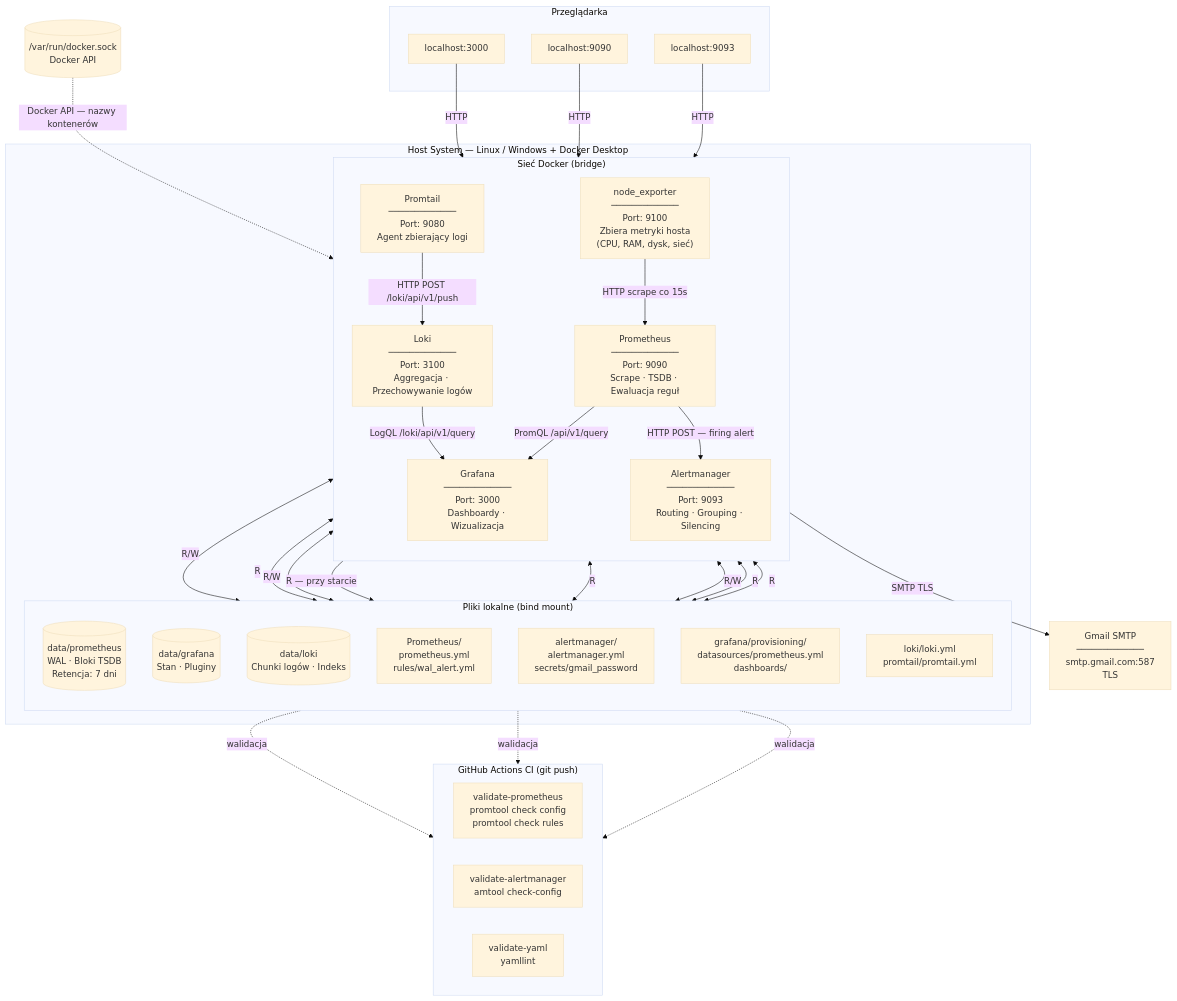
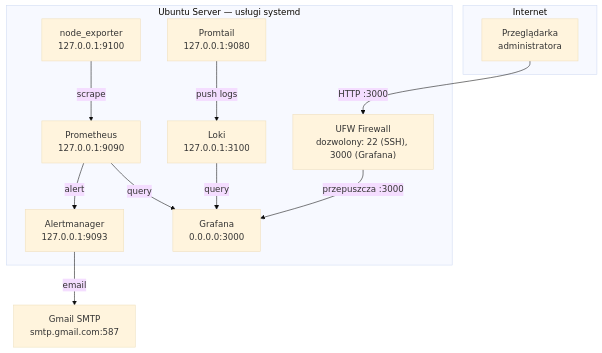
Before and after one commit to jeti20/Monitoring-Stack-Prometheus-Grafana-Node-Exporter: the diagram in README.md, drawn with Mermaid (base theme). The commit also changed other lines of this file and 1 other file, not shown here.

````diff
--- a/README.md
+++ b/README.md
@@ -5,67 +9,28 @@
 ```mermaid
 graph TB
-    subgraph BROWSER["Przeglądarka"]
-        B1["localhost:3000"]
-        B2["localhost:9090"]
-        B3["localhost:9093"]
+    subgraph INTERNET["Internet"]
+        USER["Przeglądarka\nadministratora"]
     end
 
-    subgraph HOST["Host System — Linux / Windows + Docker Desktop"]
-        subgraph DOCKER["Sieć Docker (bridge)"]
-            direction TB
-            NE["node_exporter\n─────────────\nPort: 9100\nZbiera metryki hosta\n(CPU, RAM, dysk, sieć)"]
-            PROM["Prometheus\n─────────────\nPort: 9090\nScrape · TSDB · Ewaluacja reguł"]
-            AM["Alertmanager\n─────────────\nPort: 9093\nRouting · Grouping · Silencing"]
-            GF["Grafana\n─────────────\nPort: 3000\nDashboardy · Wizualizacja"]
-            LOKI["Loki\n─────────────\nPort: 3100\nAggregacja · Przechowywanie logów"]
-            PT["Promtail\n─────────────\nPort: 9080\nAgent zbierający logi"]
-        end
+    subgraph SERVER["Ubuntu Server — usługi systemd"]
+        FW["UFW Firewall\ndozwolony: 22 (SSH), 3000 (Grafana)"]
 
-        subgraph VOLUMES["Pliki lokalne (bind mount)"]
-            direction TB
-            DB1[("data/prometheus\nWAL · Bloki TSDB\nRetencja: 7 dni")]
-            DB2[("data/grafana\nStan · Pluginy")]
-            DB3[("data/loki\nChunki logów · Indeks")]
-            CFG1["Prometheus/\nprometheus.yml\nrules/wal_alert.yml"]
-            CFG2["alertmanager/\nalertmanager.yml\nsecrets/gmail_password"]
-            CFG3["grafana/provisioning/\ndatasources/prometheus.yml\ndashboards/"]
-            CFG4["loki/loki.yml\npromtail/promtail.yml"]
-        end
+        NE["node_exporter\n127.0.0.1:9100"]
+        PROM["Prometheus\n127.0.0.1:9090"]
+        AM["Alertmanager\n127.0.0.1:9093"]
+        GF["Grafana\n0.0.0.0:3000"]
+        LOKI["Loki\n127.0.0.1:3100"]
+        PT["Promtail\n127.0.0.1:9080"]
     end
 
-    SMTP["Gmail SMTP\n─────────────\nsmtp.gmail.com:587\nTLS"]
-    DOCKER_SOCK[("/var/run/docker.sock\nDocker API")]
+    SMTP["Gmail SMTP\nsmtp.gmail.com:587"]
 
-    subgraph CI["GitHub Actions CI (git push)"]
-        direction LR
-        J1["validate-prometheus\npromtool check config\npromtool check rules"]
-        J2["validate-alertmanager\namtool check-config"]
-        J3["validate-yaml\nyamllint"]
-    end
-
-    NE -->|"HTTP scrape co 15s"| PROM
-    PROM -->|"PromQL /api/v1/query"| GF
-    PROM -->|"HTTP POST — firing alert"| AM
-    AM -->|"SMTP TLS"| SMTP
-
-    PT -->|"HTTP POST /loki/api/v1/push"| LOKI
-    LOKI -->|"LogQL /loki/api/v1/query"| GF
-    DOCKER_SOCK -.->|"Docker API — nazwy kontenerów"| PT
-
-    PROM <-->|"R/W"| DB1
-    PROM <-->|"R"| CFG1
-    GF <-->|"R/W"| DB2
-    GF -->|"R — przy starcie"| CFG3
-    AM <-->|"R"| CFG2
-    LOKI <-->|"R/W"| DB3
-    LOKI <-->|"R"| CFG4
-    PT <-->|"R"| CFG4
-
-    B1 -->|"HTTP"| GF
-    B2 -->|"HTTP"| PROM
-    B3 -->|"HTTP"| AM
-
-    CFG1 -.->|"walidacja"| J1
-    CFG2 -.->|"walidacja"| J2
-    CFG1 -.->|"walidacja"| J3
+    USER -->|"HTTP :3000"| FW
+    FW -->|"przepuszcza :3000"| GF
+    NE -->|"scrape"| PROM
+    PROM -->|"alert"| AM
+    AM -->|"email"| SMTP
+    PT -->|"push logs"| LOKI
+    LOKI -->|"query"| GF
+    PROM -->|"query"| GF
 ```
````
